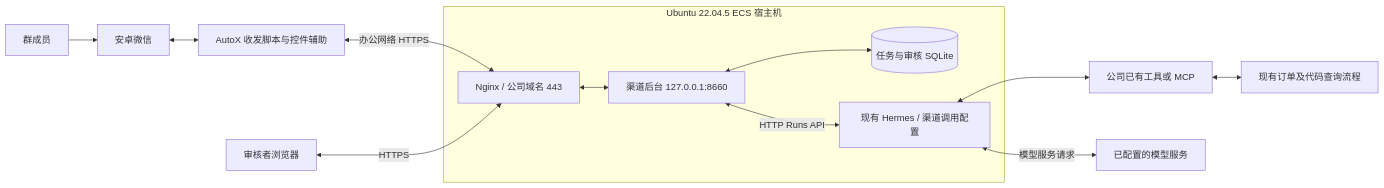
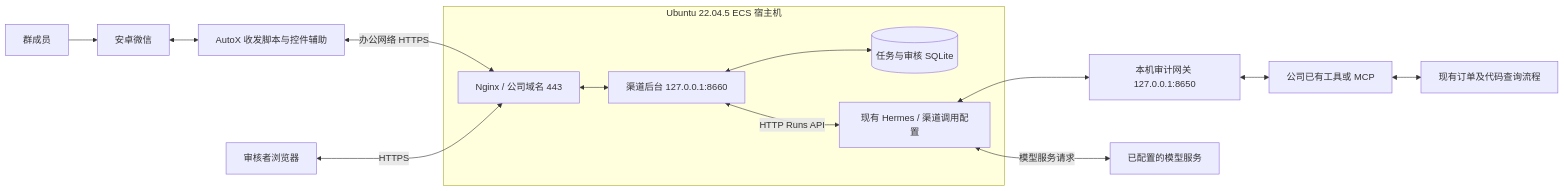
Before and after one commit to chenhaitao888/wechat-android-poc: the first of 4 diagrams in docs/技术方案.md, drawn with Mermaid. The commit also changed other lines of this file and 19 other files, not shown here.

````diff
--- a/docs/技术方案.md
+++ b/docs/技术方案.md
@@ -30,15 +31,16 @@
 ```mermaid
 flowchart LR
   U[群成员] --> W[安卓微信]
   W <--> P[AutoX 收发脚本与控件辅助]
   P <-->|办公网络 HTTPS| N[Nginx / 公司域名 443]
   R[审核者浏览器] <-->|HTTPS| N
   subgraph ECS[Ubuntu 22.04.5 ECS 宿主机]
     N <--> B[渠道后台 127.0.0.1:8660]
     B <--> DB[(任务与审核 SQLite)]
     B <-->|HTTP Runs API| H[现有 Hermes / 渠道调用配置]
   end
-  H <--> M[公司已有工具或 MCP]
+  H <--> G[本机审计网关 127.0.0.1:8650]
+  G <--> M[公司已有工具或 MCP]
   M <--> D[现有订单及代码查询流程]
   H <-->|模型服务请求| L[已配置的模型服务]
 ```
````
